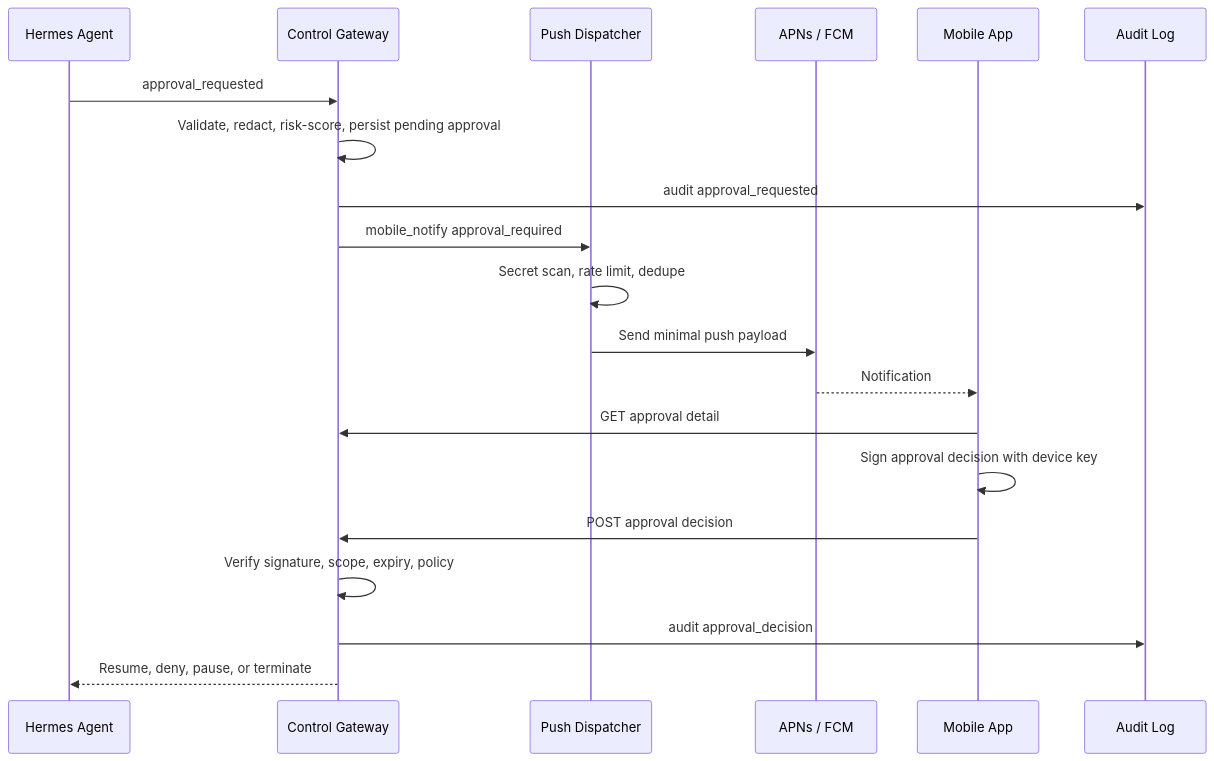
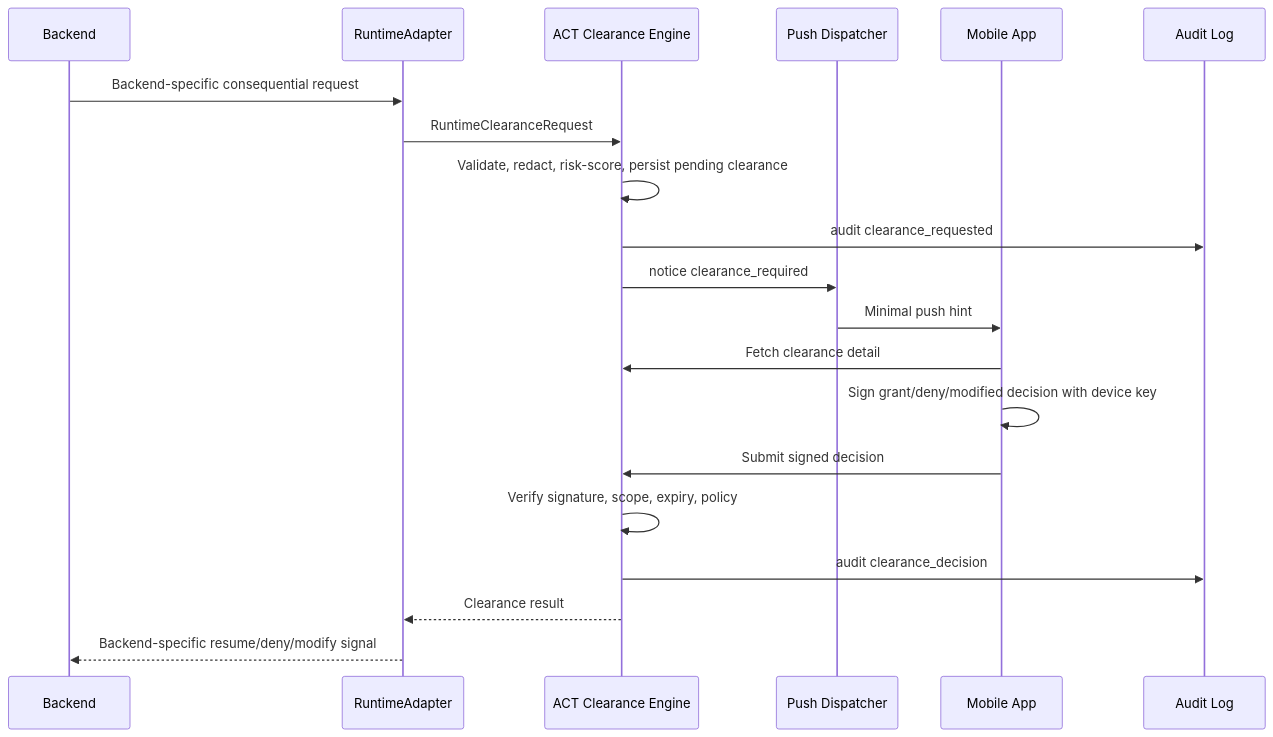
The fourth of 5 diagrams in docs/architecture/system-architecture.md (MahdiHedhli/HermesMobileCommand), drawn with Mermaid before and after one commit. The commit also changed other lines of this file and 40 other files, not shown here.

````diff
--- a/docs/architecture/system-architecture.md
+++ b/docs/architecture/system-architecture.md
@@ -218,23 +216,23 @@
 ```mermaid
 sequenceDiagram
-  participant H as Hermes Agent
-  participant G as Control Gateway
+  participant B as Backend
+  participant R as RuntimeAdapter
+  participant G as ACT Clearance Engine
   participant P as Push Dispatcher
-  participant N as APNs / FCM
   participant M as Mobile App
   participant A as Audit Log
 
-  H->>G: approval_requested
-  G->>G: Validate, redact, risk-score, persist pending approval
-  G->>A: audit approval_requested
-  G->>P: mobile_notify approval_required
-  P->>P: Secret scan, rate limit, dedupe
-  P->>N: Send minimal push payload
-  N-->>M: Notification
-  M->>G: GET approval detail
-  M->>M: Sign approval decision with device key
-  M->>G: POST approval decision
+  B->>R: Backend-specific consequential request
+  R->>G: RuntimeClearanceRequest
+  G->>G: Validate, redact, risk-score, persist pending clearance
+  G->>A: audit clearance_requested
+  G->>P: notice clearance_required
+  P->>M: Minimal push hint
+  M->>G: Fetch clearance detail
+  M->>M: Sign grant/deny/modified decision with device key
+  M->>G: Submit signed decision
   G->>G: Verify signature, scope, expiry, policy
-  G->>A: audit approval_decision
-  G-->>H: Resume, deny, pause, or terminate
+  G->>A: audit clearance_decision
+  G-->>R: Clearance result
+  R-->>B: Backend-specific resume/deny/modify signal
 ```
````
